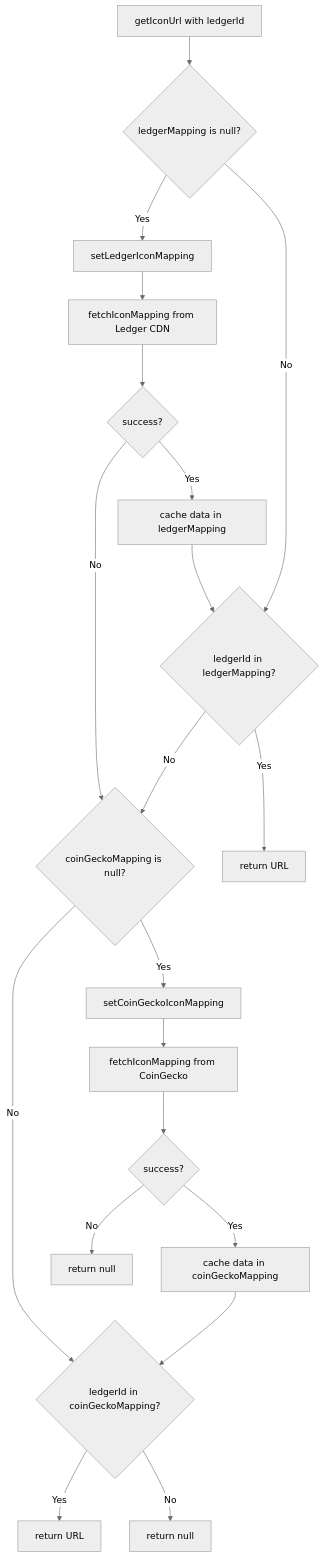
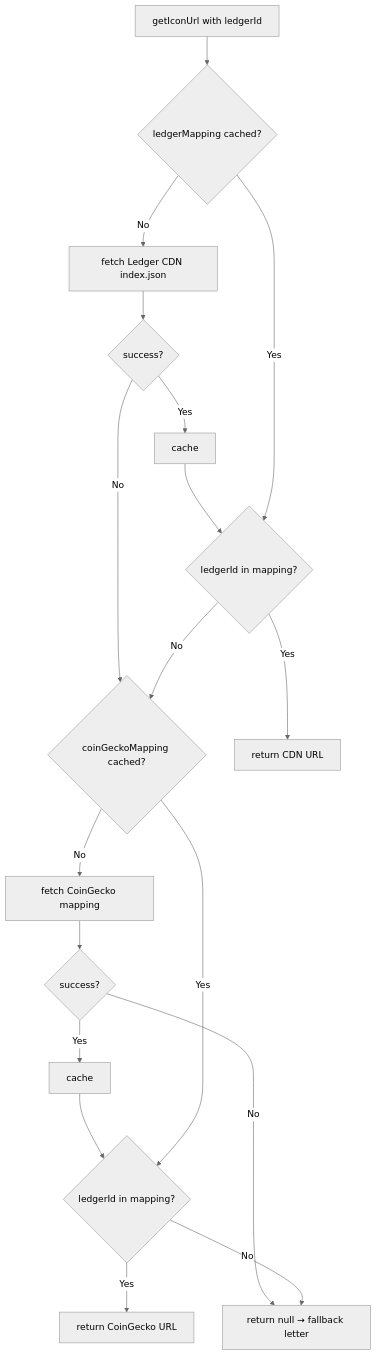
Before and after one commit to LedgerHQ/crypto-icons: the diagram in lib/README.md, drawn with Mermaid (neutral theme). The commit also changed other lines of this file and 1 other file, not shown here.

Commit message:
:memo:(icon) update readme

````diff
--- a/lib/README.md
+++ b/lib/README.md
@@ -70,16 +153,16 @@
 ```mermaid
 flowchart TD
-  A[getIconUrl with ledgerId] --> B{ledgerMapping is null?}
-  B --> |Yes| C[setLedgerIconMapping] --> D[fetchIconMapping from Ledger CDN] --> E{success?}
-  E --> |Yes| F[cache data in ledgerMapping] --> G
-  E --> |No| I{coinGeckoMapping is null?}
-  B --> |No| G{ledgerId in ledgerMapping?}
-  G --> |Yes| H[return URL]
-  G --> |No| I{coinGeckoMapping is null?}
-  I --> |Yes| J[setCoinGeckoIconMapping] --> K[fetchIconMapping from CoinGecko] --> L{success?}
-  I --> |No| O
-  L --> |Yes| M[cache data in coinGeckoMapping] --> O{ledgerId in coinGeckoMapping?}
-  L --> |No| N[return null]
-  O --> |Yes| P[return URL]
-  O --> |No| R[return null]
+  A[getIconUrl with ledgerId] --> B{ledgerMapping cached?}
+  B -->|No| C[fetch Ledger CDN index.json] --> D{success?}
+  D -->|Yes| E[cache] --> F
+  D -->|No| G
+  B -->|Yes| F{ledgerId in mapping?}
+  F -->|Yes| H[return CDN URL]
+  F -->|No| G{coinGeckoMapping cached?}
+  G -->|No| I[fetch CoinGecko mapping] --> J{success?}
+  J -->|Yes| K[cache] --> L
+  J -->|No| M[return null → fallback letter]
+  G -->|Yes| L{ledgerId in mapping?}
+  L -->|Yes| N[return CoinGecko URL]
+  L -->|No| M
 ```
````
